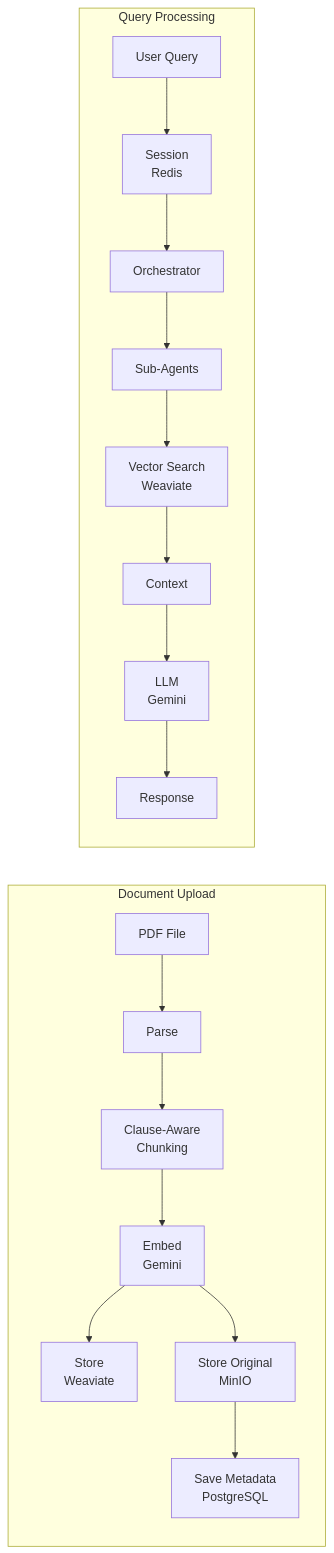
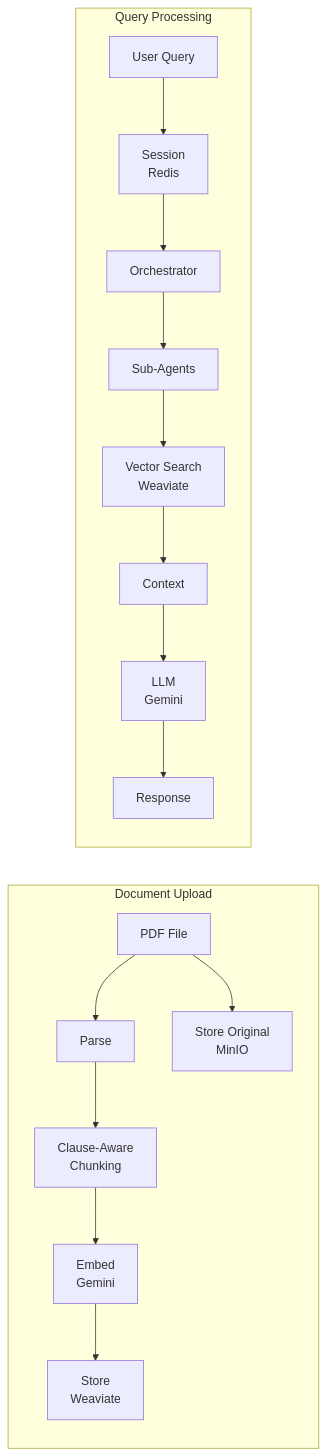
The second of 2 diagrams in README.md (TejaswiMahapatra/kaggle-capstone-contractguard), drawn with Mermaid before and after one commit. The commit also changed other lines of this file and 28 other files, not shown here.

````diff
--- a/README.md
+++ b/README.md
@@ -75,21 +115,20 @@
 ```mermaid
 flowchart LR
     subgraph UPLOAD["Document Upload"]
         PDF[PDF File] --> PARSE[Parse]
-        PARSE --> CHUNK[Clause-Aware\nChunking]
-        CHUNK --> EMBED[Embed\nGemini]
-        EMBED --> STORE[Store\nWeaviate]
-        EMBED --> MINIO[Store Original\nMinIO]
-        MINIO --> PG[Save Metadata\nPostgreSQL]
+        PARSE --> CHUNK[Clause-Aware<br>Chunking]
+        CHUNK --> EMBED[Embed<br>Gemini]
+        EMBED --> STORE[Store<br>Weaviate]
+        PDF --> MINIO[Store Original<br>MinIO]
     end
 
     subgraph QUERY["Query Processing"]
-        USER[User Query] --> SESSION[Session\nRedis]
+        USER[User Query] --> SESSION[Session<br>Redis]
         SESSION --> ORCH2[Orchestrator]
         ORCH2 --> AGENT[Sub-Agents]
-        AGENT --> SEARCH[Vector Search\nWeaviate]
+        AGENT --> SEARCH[Vector Search<br>Weaviate]
         SEARCH --> CONTEXT[Context]
-        CONTEXT --> LLM[LLM\nGemini]
+        CONTEXT --> LLM[LLM<br>Gemini]
         LLM --> RESPONSE[Response]
     end
 ```
````
